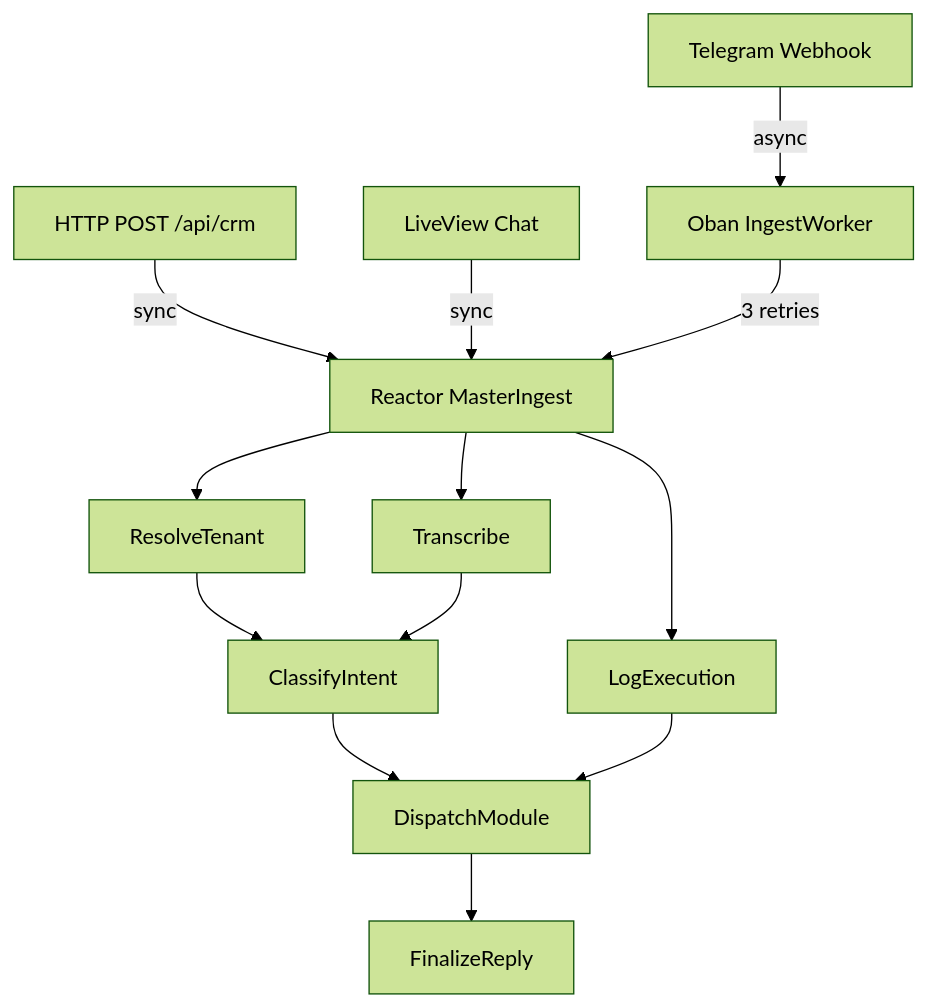
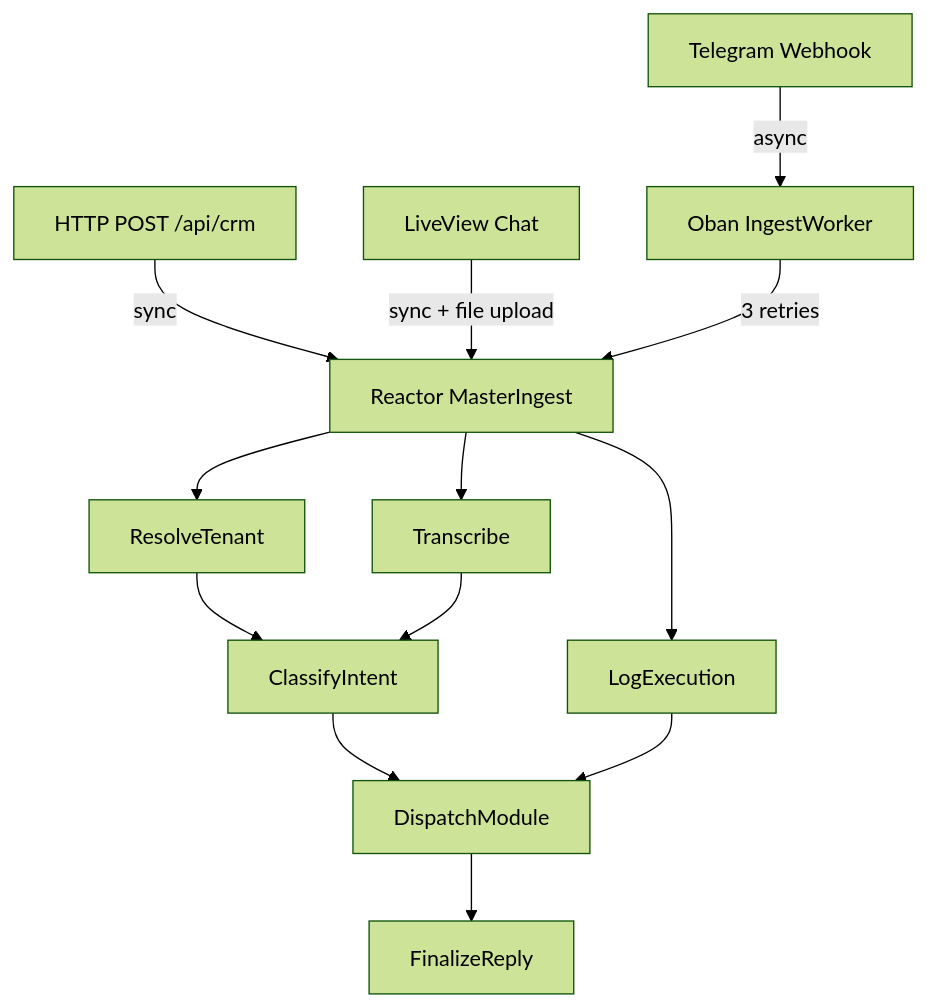
The second of 10 diagrams in README.md (ndrean/reactor-crm_ex), drawn with Mermaid (forest theme) before and after one commit. The commit also changed other lines of this file, not shown here.

````diff
--- a/README.md
+++ b/README.md
@@ -29,16 +29,16 @@
 ```mermaid
 graph TB
     A[HTTP POST /api/crm] -->|sync| R[Reactor MasterIngest]
-    LV[LiveView Chat] -->|sync| R
+    LV[LiveView Chat] -->|"sync + file upload"| R
     T[Telegram Webhook] -->|async| O[Oban IngestWorker]
     O -->|3 retries| R
 
     R --> RT[ResolveTenant]
     R --> TR[Transcribe]
     R --> LE[LogExecution]
     RT --> CI[ClassifyIntent]
     TR --> CI
     CI --> DM[DispatchModule]
     LE --> DM
     DM --> FR[FinalizeReply]
 ```
````
